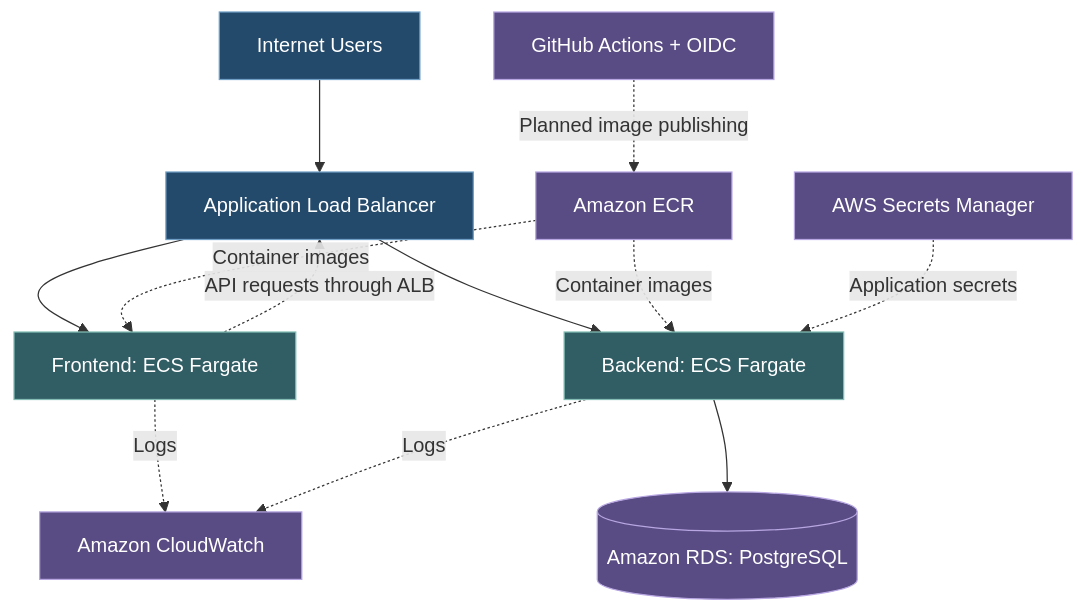
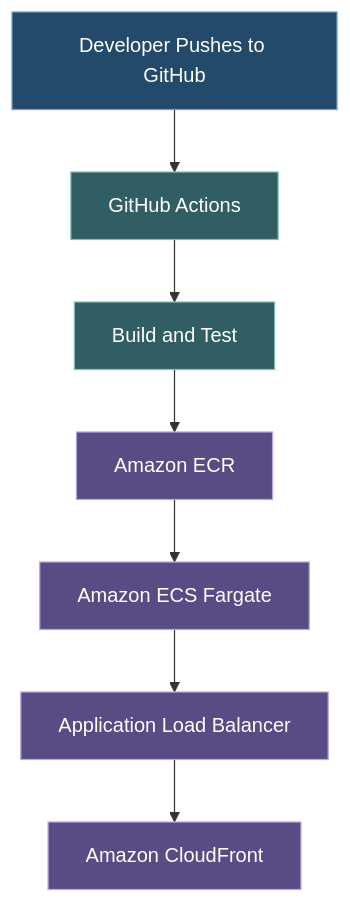
Before and after one commit to Response-Central/Emergency-ResponseStarter: the fourth of 4 diagrams in README.md, drawn with Mermaid. The commit also changed other lines of this file, not shown here.

Commit message:
docs: update README with AWS and Netlify deployment

````diff
--- a/README.md
+++ b/README.md
@@ -359,21 +542,17 @@
 ```mermaid
 flowchart TD
-    USERS["Internet Users"] --> ALB["Application Load Balancer"]
-    ALB --> FRONT["Frontend: ECS Fargate"]
-    ALB --> BACK["Backend: ECS Fargate"]
-    FRONT -. "API requests through ALB" .-> ALB
-    BACK --> RDS[("Amazon RDS: PostgreSQL")]
-    ECR["Amazon ECR"] -. "Container images" .-> FRONT
-    ECR -. "Container images" .-> BACK
-    SECRETS["AWS Secrets Manager"] -. "Application secrets" .-> BACK
-    FRONT -. "Logs" .-> CW["Amazon CloudWatch"]
-    BACK -. "Logs" .-> CW
-    GHA["GitHub Actions + OIDC"] -. "Planned image publishing" .-> ECR
+    DEV["Developer Pushes to GitHub"] --> GHA["GitHub Actions"]
+    GHA --> TEST["Build and Test"]
+    TEST --> ECR["Amazon ECR"]
+    ECR --> ECS["Amazon ECS Fargate"]
+    ECS --> ALB["Application Load Balancer"]
+    ALB --> CF["Amazon CloudFront"]
 
-    classDef edge fill:#244a6b,color:#fff,stroke:#6f9fc4
-    classDef compute fill:#315d65,color:#fff,stroke:#83bdb4
-    classDef data fill:#594b83,color:#fff,stroke:#b7a6e2
-    class USERS,ALB edge
-    class FRONT,BACK compute
-    class RDS,ECR,SECRETS,CW,GHA data
+    classDef source fill:#244a6b,color:#fff,stroke:#6f9fc4
+    classDef pipeline fill:#315d65,color:#fff,stroke:#83bdb4
+    classDef target fill:#594b83,color:#fff,stroke:#b7a6e2
+
+    class DEV source
+    class GHA,TEST pipeline
+    class ECR,ECS,ALB,CF target
 ```
````
